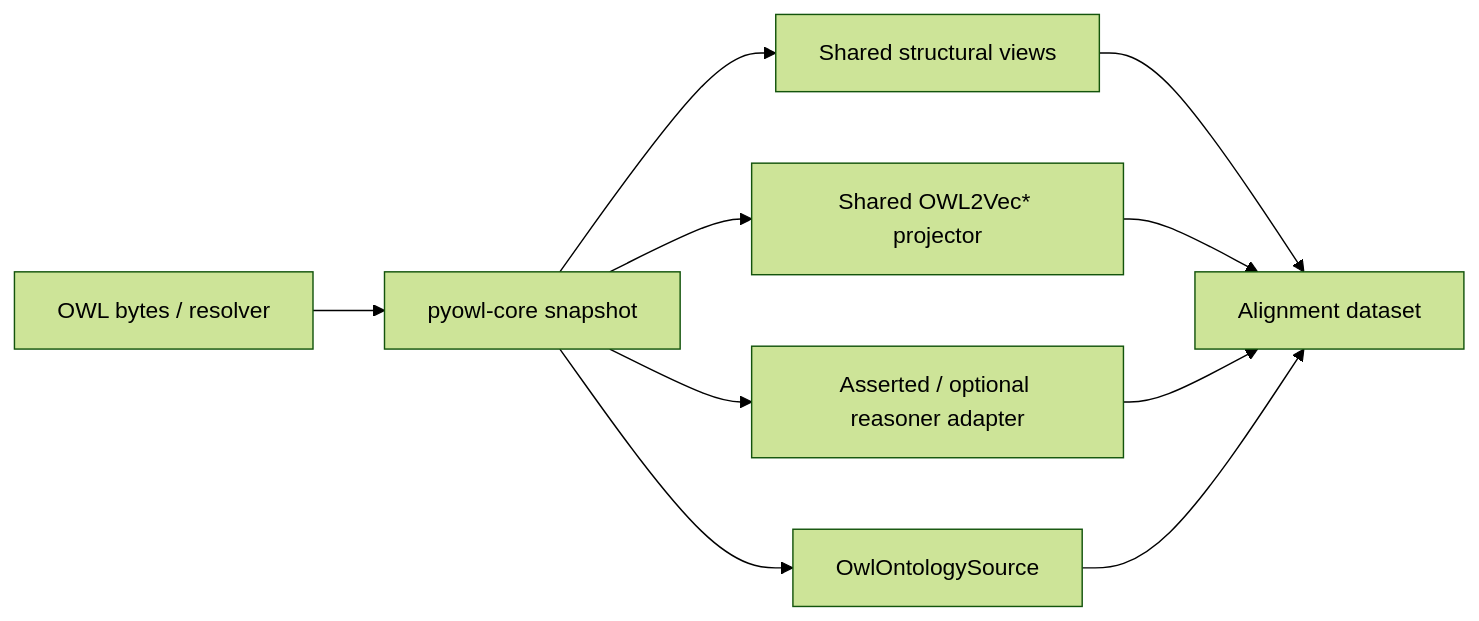
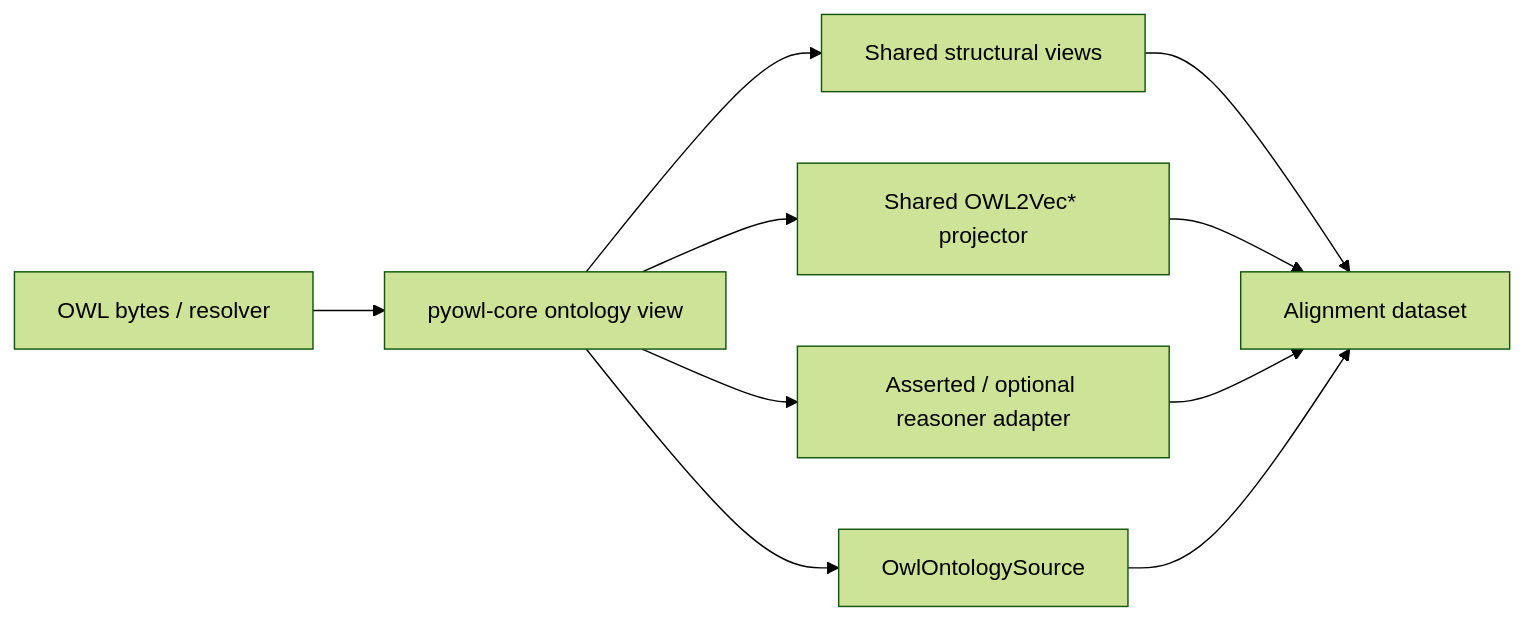
The second of 2 diagrams in docs/concepts/architecture.md (liseda-lab/Exact-OM), drawn with Mermaid (forest theme) before and after one commit. The commit also changed other lines of this file and 6 other files, not shown here.

Commit message:
docs(ontology): explain native view handoff

````diff
--- a/docs/concepts/architecture.md
+++ b/docs/concepts/architecture.md
@@ -40,12 +40,12 @@
 ```mermaid
 flowchart LR
-    Bytes[OWL bytes / resolver] --> Core[pyowl-core snapshot]
+    Bytes[OWL bytes / resolver] --> Core[pyowl-core ontology view]
     Core --> Facade[OwlOntologySource]
     Core --> Views[Shared structural views]
     Core --> Projector[Shared OWL2Vec* projector]
     Core --> Reasoner[Asserted / optional reasoner adapter]
     Views --> Dataset[Alignment dataset]
     Projector --> Dataset
     Reasoner --> Dataset
     Facade --> Dataset
 ```
````
